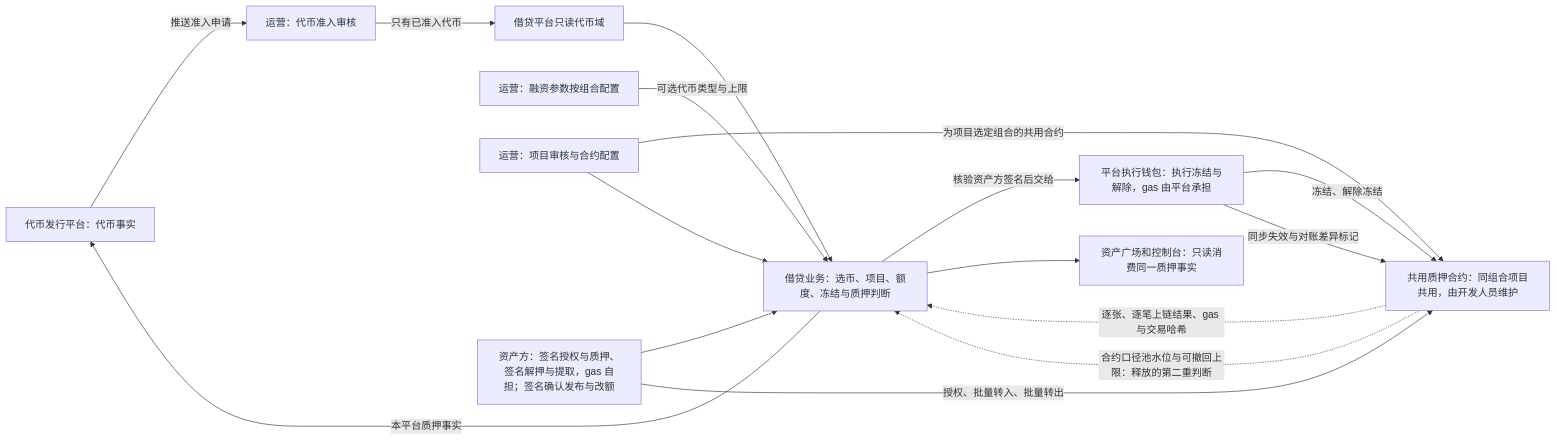
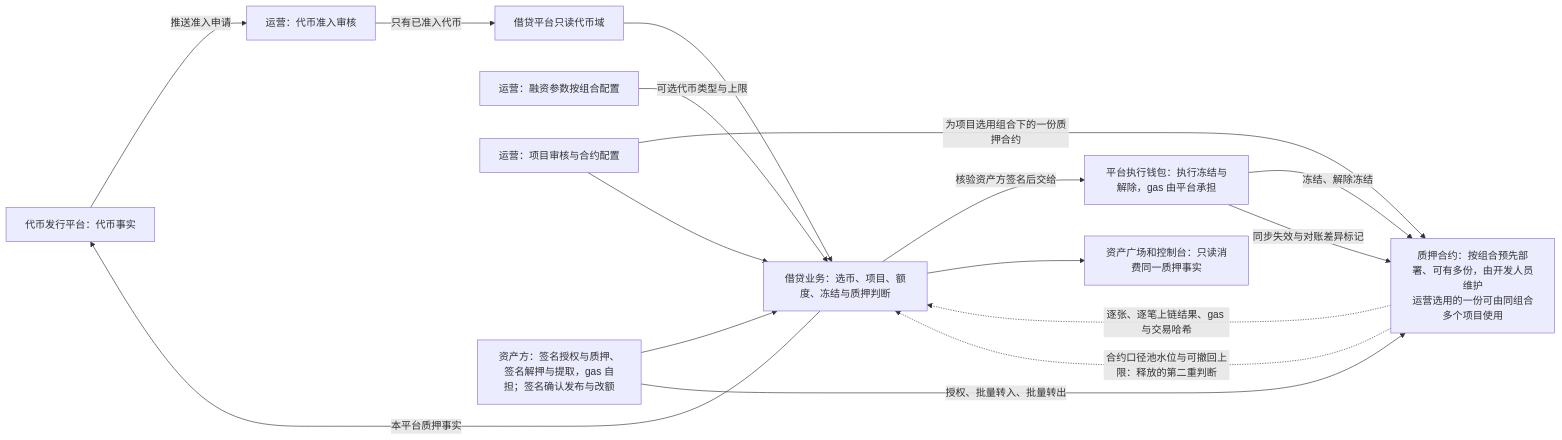
Before and after one commit to wxblockchain/Chain-Financing: the fifth of 10 diagrams in lending-platform/PRD/面客端/05-借贷广场-融资需求与代币质押/02-融资需求与代币质押-流程图与状态机.md, drawn with Mermaid. The commit also changed other lines of this file and 49 other files, not shown here.

````diff
--- a/lending-platform/PRD/面客端/05-借贷广场-融资需求与代币质押/02-融资需求与代币质押-流程图与状态机.md
+++ b/lending-platform/PRD/面客端/05-借贷广场-融资需求与代币质押/02-融资需求与代币质押-流程图与状态机.md
@@ -155,18 +155,18 @@
 ```mermaid
 flowchart LR
   A["代币发行平台：代币事实"] -->|"推送准入申请"| AD["运营：代币准入审核"]
   AD -->|"只有已准入代币"| B["借贷平台只读代币域"]
   B --> C["借贷业务：选币、项目、额度、冻结与质押判断"]
   P["运营：融资参数按组合配置"] -->|"可选代币类型与上限"| C
-  D["运营：项目审核与合约配置"] -->|"为项目选定组合的共用合约"| X
+  D["运营：项目审核与合约配置"] -->|"为项目选用组合下的一份质押合约"| X
   D --> C
   E["资产方：签名授权与质押、签名解押与提取，gas 自担；签名确认发布与改额"] --> C
   PW["平台执行钱包：执行冻结与解除，gas 由平台承担"] -->|"冻结、解除冻结"| X
   C -->|"核验资产方签名后交给"| PW
-  X["共用质押合约：同组合项目共用，由开发人员维护"] -.->|"逐张、逐笔上链结果、gas 与交易哈希"| C
+  X["质押合约：按组合预先部署、可有多份，由开发人员维护<br/>运营选用的一份可由同组合多个项目使用"] -.->|"逐张、逐笔上链结果、gas 与交易哈希"| C
   E -->|"授权、批量转入、批量转出"| X
   PW -->|"同步失效与对账差异标记"| X
   X -.->|"合约口径池水位与可撤回上限：释放的第二重判断"| C
   C -->|"本平台质押事实"| A
   C --> F["资产广场和控制台：只读消费同一质押事实"]
 ```
````
